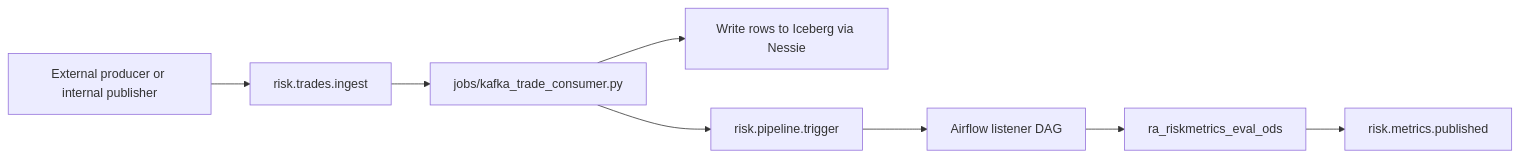
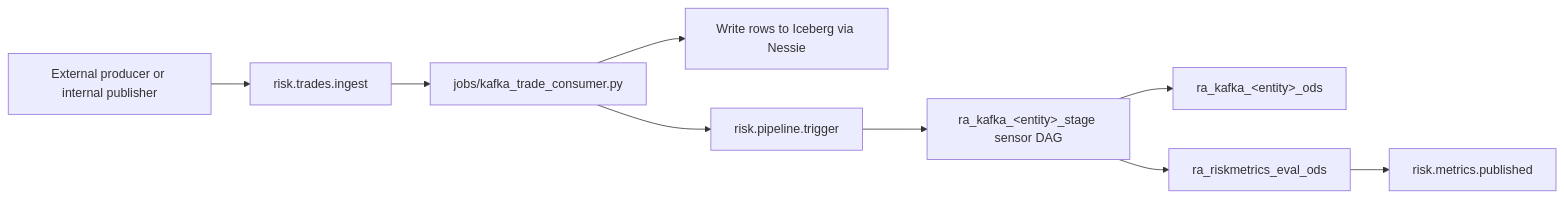
The diagram in legacy_docs/kafka-integration.md (sankarasub/riskanalytics_df), drawn with Mermaid before and after one commit. The commit also changed other lines of this file and 52 other files, not shown here.

Commit message:
Parallelize the STAGE/ODS fan-out, stream every entity, and add CI gates

````diff
--- a/legacy_docs/kafka-integration.md
+++ b/legacy_docs/kafka-integration.md
@@ -34,10 +34,11 @@
 ```mermaid
 flowchart LR
     producer[External producer or internal publisher] --> ingest[risk.trades.ingest]
     ingest --> stream[jobs/kafka_trade_consumer.py]
     stream --> iceberg[Write rows to Iceberg via Nessie]
     stream --> trigger[risk.pipeline.trigger]
-    trigger --> listener[Airflow listener DAG]
+    trigger --> listener["ra_kafka_&lt;entity&gt;_stage sensor DAG"]
+    listener --> kods["ra_kafka_&lt;entity&gt;_ods"]
     listener --> pipeline[ra_riskmetrics_eval_ods]
     pipeline --> published[risk.metrics.published]
 ```
````
